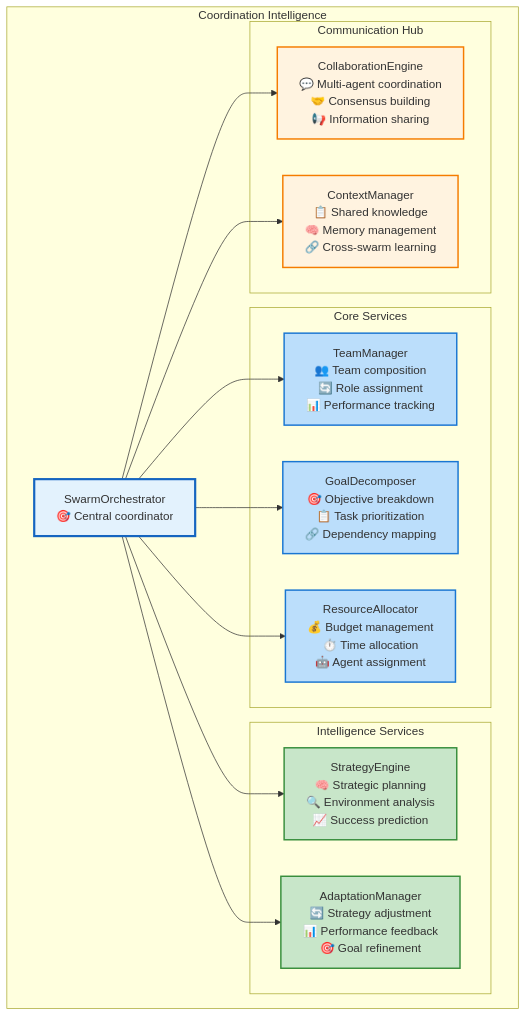
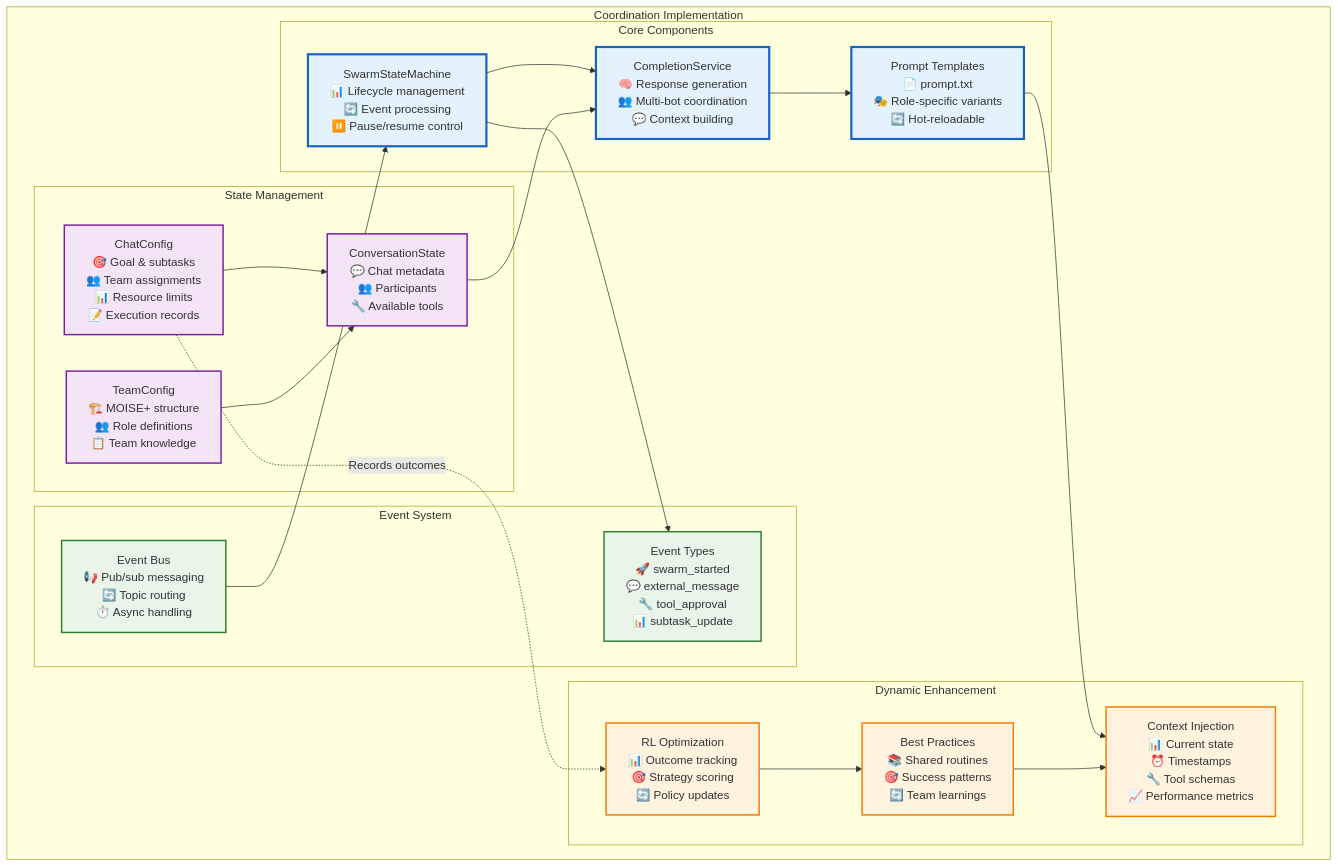
The seventh of 38 diagrams in docs/ai-execution-architecture.md (Vrooli/Vrooli), drawn with Mermaid before and after one commit. The commit also changed other lines of this file, not shown here.

Commit message:
Execution architecture p5

````diff
--- a/docs/ai-execution-architecture.md
+++ b/docs/ai-execution-architecture.md
@@ -255,40 +353,63 @@
 ```mermaid
 graph TB
-    subgraph "Coordination Intelligence"
-        SwarmOrchestrator[SwarmOrchestrator<br/>🎯 Central coordinator]
-        
-        subgraph "Core Services"
-            TeamManager[TeamManager<br/>👥 Team composition<br/>🔄 Role assignment<br/>📊 Performance tracking]
-            GoalDecomposer[GoalDecomposer<br/>🎯 Objective breakdown<br/>📋 Task prioritization<br/>🔗 Dependency mapping]
-            ResourceAllocator[ResourceAllocator<br/>💰 Budget management<br/>⏱️ Time allocation<br/>🤖 Agent assignment]
+    subgraph "Coordination Implementation"
+        subgraph "Core Components"
+            SwarmStateMachine[SwarmStateMachine<br/>📊 Lifecycle management<br/>🔄 Event processing<br/>⏸️ Pause/resume control]
+            
+            CompletionService[CompletionService<br/>🧠 Response generation<br/>👥 Multi-bot coordination<br/>💬 Context building]
+            
+            PromptTemplate[Prompt Templates<br/>📄 prompt.txt<br/>🎭 Role-specific variants<br/>🔄 Hot-reloadable]
         end
         
-        subgraph "Intelligence Services"
-            StrategyEngine[StrategyEngine<br/>🧠 Strategic planning<br/>🔍 Environment analysis<br/>📈 Success prediction]
-            AdaptationManager[AdaptationManager<br/>🔄 Strategy adjustment<br/>📊 Performance feedback<br/>🎯 Goal refinement]
+        subgraph "State Management"
+            ConversationState[ConversationState<br/>💬 Chat metadata<br/>👥 Participants<br/>🔧 Available tools]
+            
+            ChatConfig[ChatConfig<br/>🎯 Goal & subtasks<br/>👥 Team assignments<br/>📊 Resource limits<br/>📝 Execution records]
+            
+            TeamConfig[TeamConfig<br/>🏗️ MOISE+ structure<br/>👥 Role definitions<br/>📋 Team knowledge]
         end
         
-        subgraph "Communication Hub"
-            CollaborationEngine[CollaborationEngine<br/>💬 Multi-agent coordination<br/>🤝 Consensus building<br/>📢 Information sharing]
-            ContextManager[ContextManager<br/>📋 Shared knowledge<br/>🧠 Memory management<br/>🔗 Cross-swarm learning]
+        subgraph "Event System"
+            EventBus[Event Bus<br/>📢 Pub/sub messaging<br/>🔄 Topic routing<br/>⏱️ Async handling]
+            
+            EventTypes[Event Types<br/>🚀 swarm_started<br/>💬 external_message<br/>🔧 tool_approval<br/>📊 subtask_update]
+        end
+        
+        subgraph "Dynamic Enhancement"
+            PromptInjection[Context Injection<br/>📊 Current state<br/>⏰ Timestamps<br/>🔧 Tool schemas<br/>📈 Performance metrics]
+            
+            BestPractices[Best Practices<br/>📚 Shared routines<br/>🎯 Success patterns<br/>🔄 Team learnings]
+            
+            RLOptimization[RL Optimization<br/>📊 Outcome tracking<br/>🎯 Strategy scoring<br/>🔄 Policy updates]
         end
     end
     
-    SwarmOrchestrator --> TeamManager
-    SwarmOrchestrator --> GoalDecomposer
-    SwarmOrchestrator --> ResourceAllocator
-    SwarmOrchestrator --> StrategyEngine
-    SwarmOrchestrator --> AdaptationManager
-    SwarmOrchestrator --> CollaborationEngine
-    SwarmOrchestrator --> ContextManager
+    %% Main flow
+    SwarmStateMachine --> CompletionService
+    CompletionService --> PromptTemplate
+    PromptTemplate --> PromptInjection
     
-    classDef orchestrator fill:#e3f2fd,stroke:#1565c0,stroke-width:3px
-    classDef core fill:#bbdefb,stroke:#1976d2,stroke-width:2px
-    classDef intelligence fill:#c8e6c9,stroke:#388e3c,stroke-width:2px
-    classDef communication fill:#fff3e0,stroke:#f57c00,stroke-width:2px
+    %% State connections
+    ConversationState --> CompletionService
+    ChatConfig --> ConversationState
+    TeamConfig --> ConversationState
     
-    class SwarmOrchestrator orchestrator
-    class TeamManager,GoalDecomposer,ResourceAllocator core
-    class StrategyEngine,AdaptationManager intelligence
-    class CollaborationEngine,ContextManager communication
+    %% Event flow
+    EventBus --> SwarmStateMachine
+    SwarmStateMachine --> EventTypes
+    
+    %% Enhancement flow
+    BestPractices --> PromptInjection
+    RLOptimization --> BestPractices
+    ChatConfig -.->|"Records outcomes"| RLOptimization
+    
+    classDef core fill:#e3f2fd,stroke:#1565c0,stroke-width:3px
+    classDef state fill:#f3e5f5,stroke:#7b1fa2,stroke-width:2px
+    classDef event fill:#e8f5e8,stroke:#2e7d32,stroke-width:2px
+    classDef enhance fill:#fff3e0,stroke:#f57c00,stroke-width:2px
+    
+    class SwarmStateMachine,CompletionService,PromptTemplate core
+    class ConversationState,ChatConfig,TeamConfig state
+    class EventBus,EventTypes event
+    class PromptInjection,BestPractices,RLOptimization enhance
 ```
````
